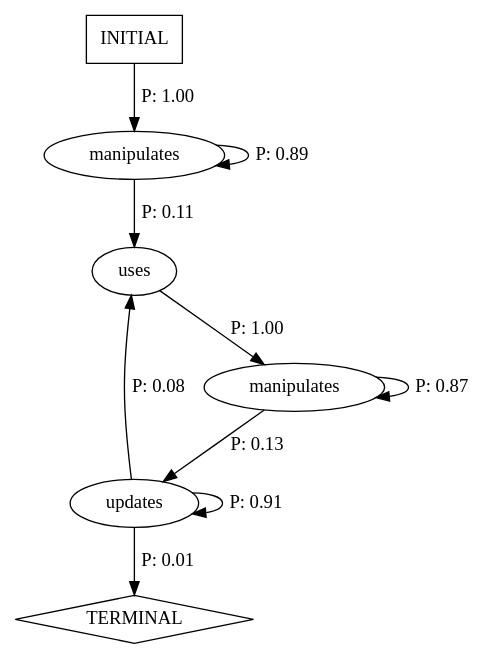
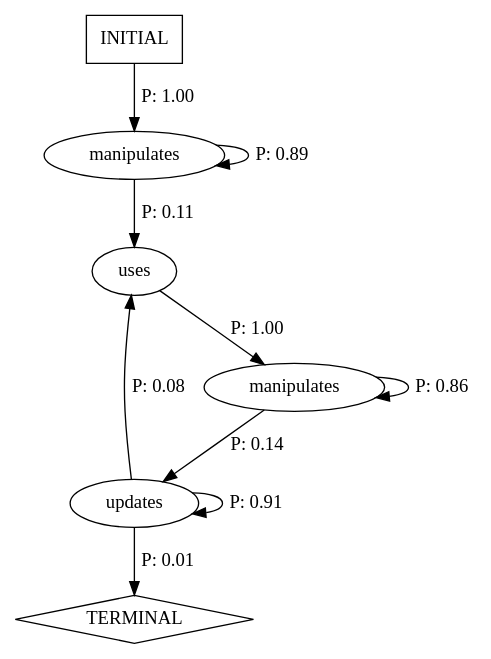
The diagram in tictactoe/rowGameApp-arch.dot (kunalkumar168/cs520), drawn with Graphviz before and after one commit. The commit also changed 3 other files, not shown here.

```diff
--- a/tictactoe/rowGameApp-arch.dot
+++ b/tictactoe/rowGameApp-arch.dot
@@ -1,17 +1,17 @@
 digraph G {
   0 [label="manipulates"];
   1 [label="manipulates"];
   2 [label="updates"];
   3 [label="uses"];
   4 [label="TERMINAL",shape=diamond];
   5 [label="INITIAL",shape=box];
 0->0 [label="P: 0.89"];
 0->3 [label="P: 0.11"];
-1->1 [label="P: 0.87"];
-1->2 [label="P: 0.13"];
+1->1 [label="P: 0.86"];
+1->2 [label="P: 0.14"];
 2->2 [label="P: 0.91"];
 2->3 [label="P: 0.08"];
 2->4 [label="P: 0.01"];
 3->1 [label="P: 1.00"];
 5->0 [label="P: 1.00"];
 }
```
